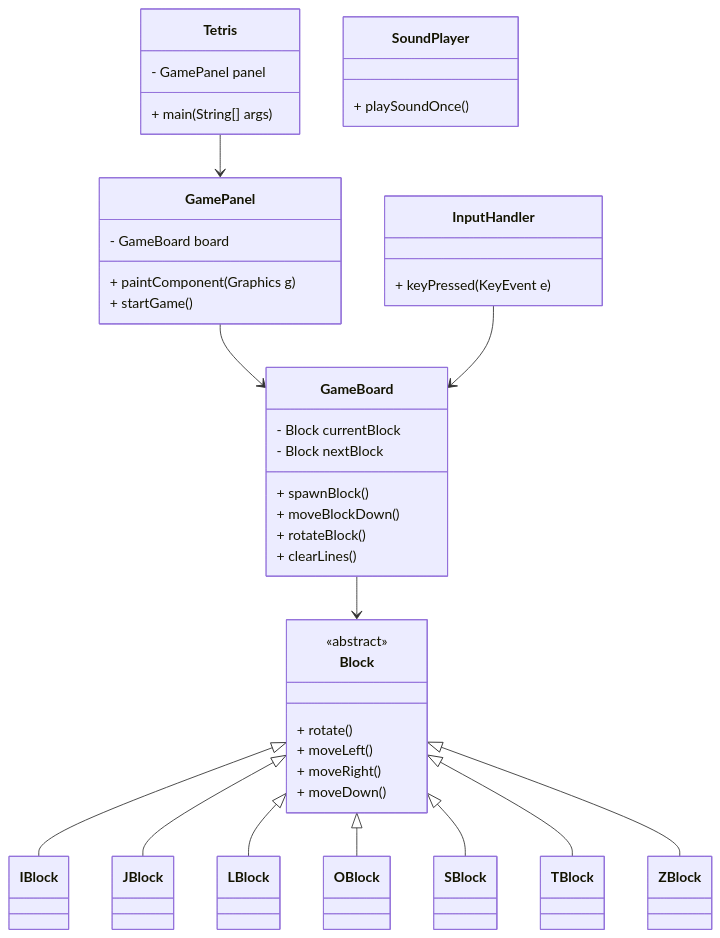
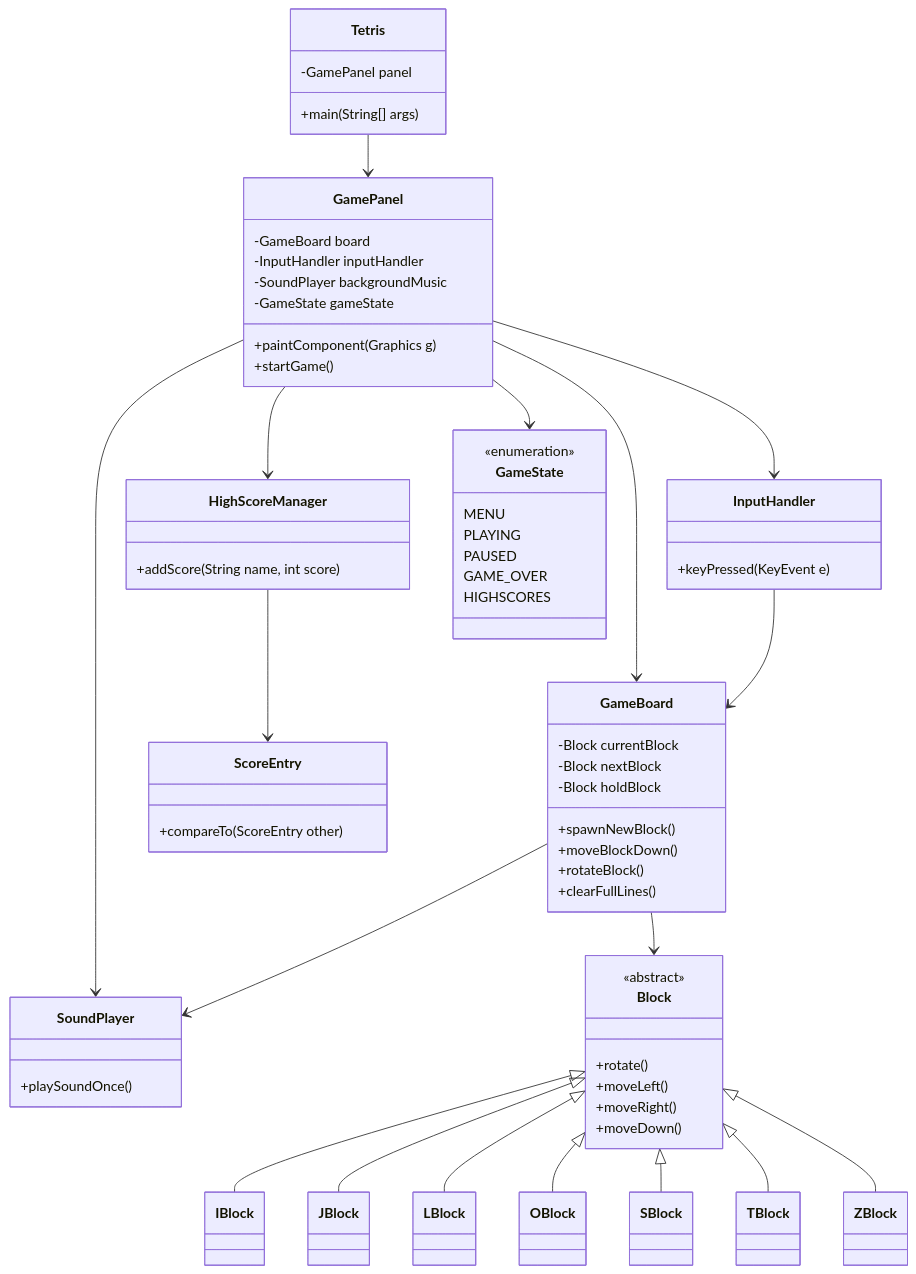
The first of 3 diagrams in README.md (Tony940720/java-B11207030-Eason-B11207042-Tony), drawn with Mermaid before and after one commit. The commit also changed other lines of this file, not shown here.

````diff
--- a/README.md
+++ b/README.md
@@ -87,39 +87,51 @@
 ```mermaid
 classDiagram
     class Tetris {
-        - GamePanel panel
-        + main(String[] args)
+        -GamePanel panel
+        +main(String[] args)
     }
 
     class GamePanel {
-        - GameBoard board
-        + paintComponent(Graphics g)
-        + startGame()
+        -GameBoard board
+        -InputHandler inputHandler
+        -SoundPlayer backgroundMusic
+        -GameState gameState
+        +paintComponent(Graphics g)
+        +startGame()
     }
 
     class GameBoard {
-        - Block currentBlock
-        - Block nextBlock
-        + spawnBlock()
-        + moveBlockDown()
-        + rotateBlock()
-        + clearLines()
+        -Block currentBlock
+        -Block nextBlock
+        -Block holdBlock
+        +spawnNewBlock()
+        +moveBlockDown()
+        +rotateBlock()
+        +clearFullLines()
     }
-    
+
     class SoundPlayer {
-    + playSoundOnce()
+        +playSoundOnce()
     }
 
     class InputHandler {
-        + keyPressed(KeyEvent e)
+        +keyPressed(KeyEvent e)
+    }
+
+    class HighScoreManager {
+        +addScore(String name, int score)
+    }
+
+    class ScoreEntry {
+        +compareTo(ScoreEntry other)
     }
 
     class Block {
         <<abstract>>
-        + rotate()
-        + moveLeft()
-        + moveRight()
-        + moveDown()
+        +rotate()
+        +moveLeft()
+        +moveRight()
+        +moveDown()
     }
 
     class IBlock
@@ -130,10 +142,25 @@
     class TBlock
     class ZBlock
 
+    class GameState {
+        <<enumeration>>
+        MENU
+        PLAYING
+        PAUSED
+        GAME_OVER
+        HIGHSCORES
+    }
+
     Tetris --> GamePanel
     GamePanel --> GameBoard
+    GamePanel --> InputHandler
+    GamePanel --> SoundPlayer
+    GamePanel --> HighScoreManager
+    GamePanel --> GameState
     GameBoard --> Block
+    GameBoard --> SoundPlayer
     InputHandler --> GameBoard
+    HighScoreManager --> ScoreEntry
     Block <|-- IBlock
     Block <|-- JBlock
     Block <|-- LBlock
@@ -141,5 +168,4 @@
     Block <|-- SBlock
     Block <|-- TBlock
     Block <|-- ZBlock
-
 ```
````
